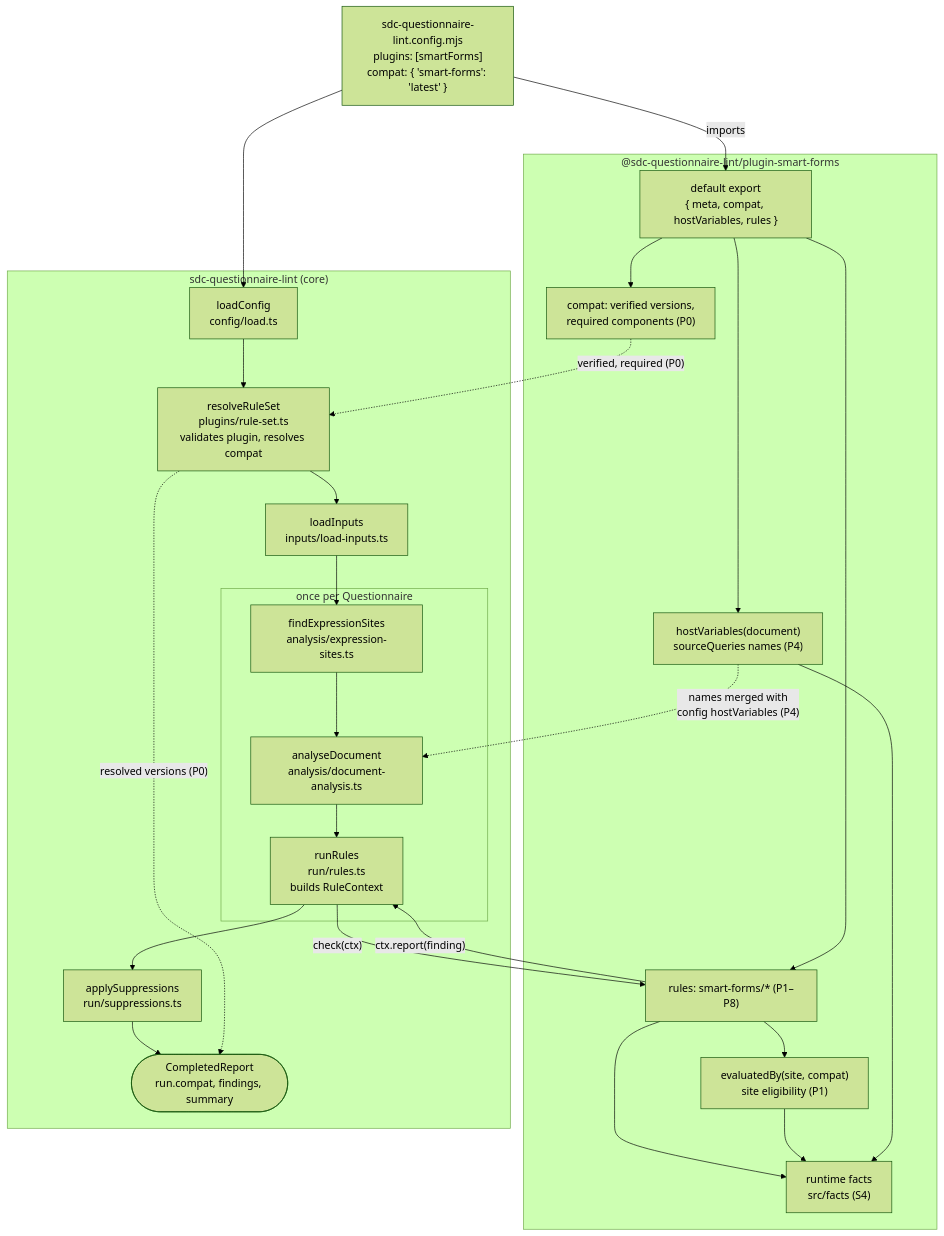
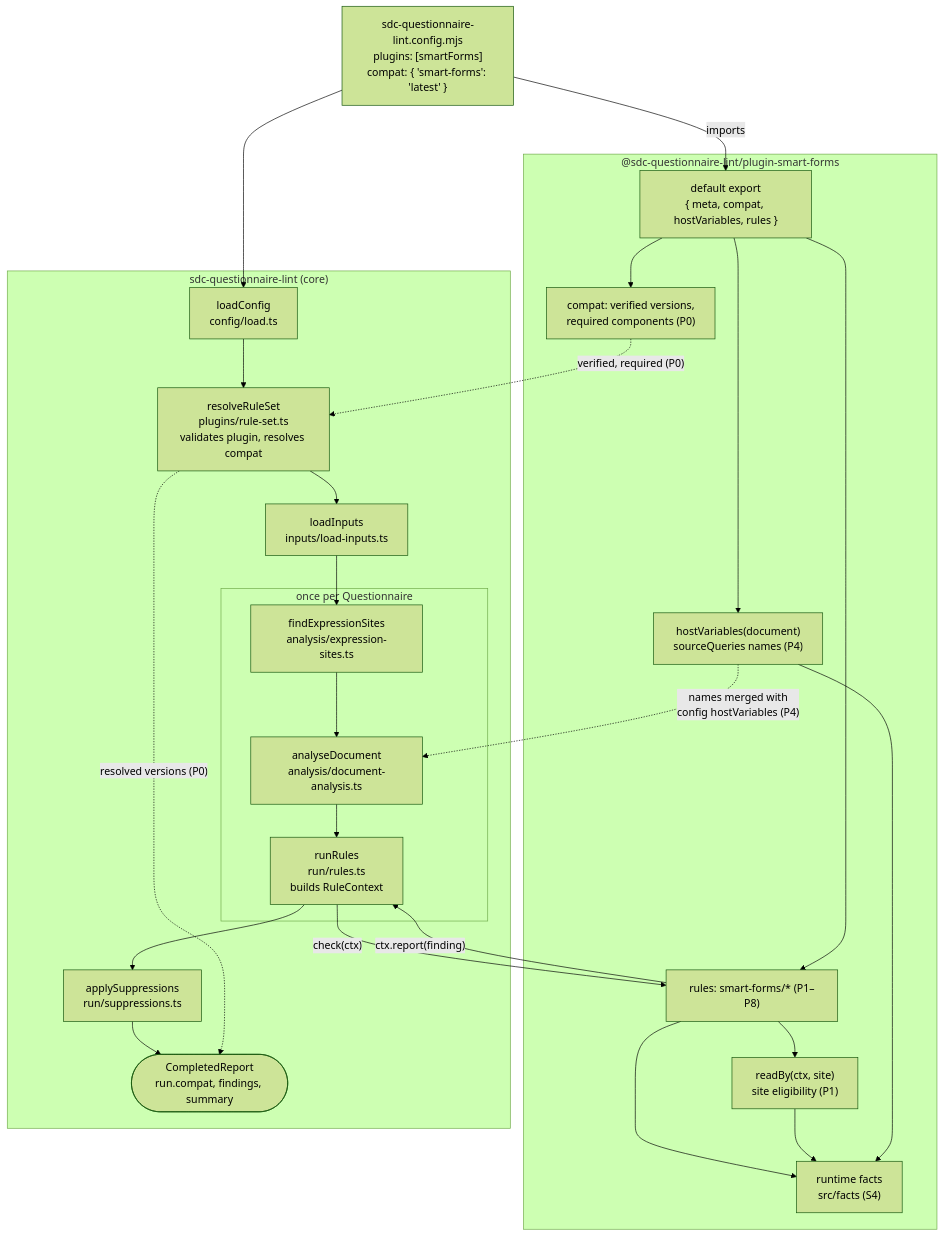
Before and after one commit to aehrc/sdc-questionnaire-lint: the first of 3 diagrams in docs/smart-forms-rules.md, drawn with Mermaid (forest theme). The commit also changed other lines of this file and 29 other files, not shown here.

````diff
--- a/docs/smart-forms-rules.md
+++ b/docs/smart-forms-rules.md
@@ -65,40 +65,40 @@
 ```mermaid
 flowchart TD
   config["sdc-questionnaire-lint.config.mjs<br/>plugins: [smartForms]<br/>compat: { 'smart-forms': 'latest' }"]
 
   subgraph plugin["@sdc-questionnaire-lint/plugin-smart-forms"]
     entry["default export<br/>{ meta, compat, hostVariables, rules }"]
     versions["compat: verified versions,<br/>required components (P0)"]
     hook["hostVariables(document)<br/>sourceQueries names (P4)"]
     rules["rules: smart-forms/* (P1–P8)"]
-    eligible["evaluatedBy(site, compat)<br/>site eligibility (P1)"]
+    eligible["readBy(ctx, site)<br/>site eligibility (P1)"]
     facts["runtime facts<br/>src/facts (S4)"]
     entry --> versions
     entry --> hook
     entry --> rules
     rules --> eligible
     rules --> facts
     eligible --> facts
     hook --> facts
   end
 
   subgraph core["sdc-questionnaire-lint (core)"]
     loadConfig["loadConfig<br/>config/load.ts"] --> resolveRuleSet["resolveRuleSet<br/>plugins/rule-set.ts<br/>validates plugin, resolves compat"]
     resolveRuleSet --> loadInputs["loadInputs<br/>inputs/load-inputs.ts"]
     loadInputs --> sites
     subgraph perDocument["once per Questionnaire"]
       sites["findExpressionSites<br/>analysis/expression-sites.ts"] --> analyse["analyseDocument<br/>analysis/document-analysis.ts"]
       analyse --> runRules["runRules<br/>run/rules.ts<br/>builds RuleContext"]
     end
     runRules --> suppress["applySuppressions<br/>run/suppressions.ts"]
     suppress --> report(["CompletedReport<br/>run.compat, findings, summary"])
   end
 
   config -->|"imports"| entry
   config --> loadConfig
   versions -.->|"verified, required (P0)"| resolveRuleSet
   resolveRuleSet -.->|"resolved versions (P0)"| report
   hook -.->|"names merged with<br/>config hostVariables (P4)"| analyse
   runRules -->|"check(ctx)"| rules
   rules -->|"ctx.report(finding)"| runRules
 ```
````
